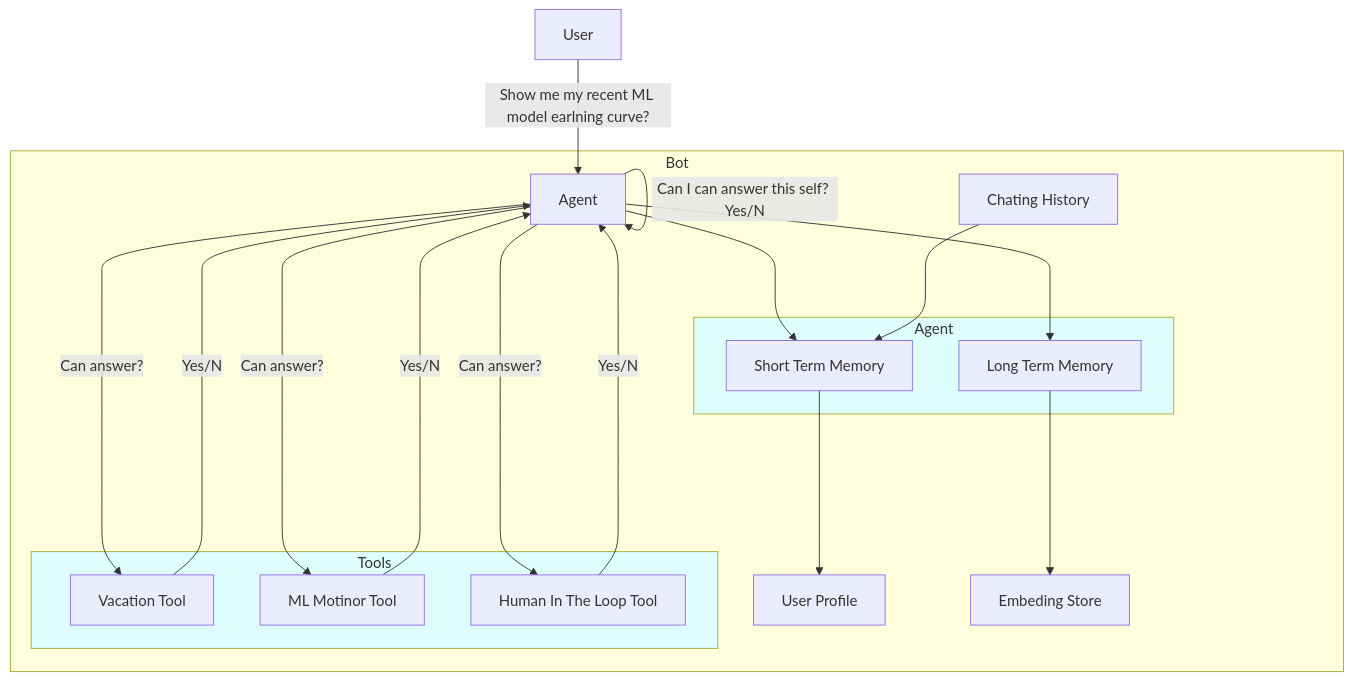
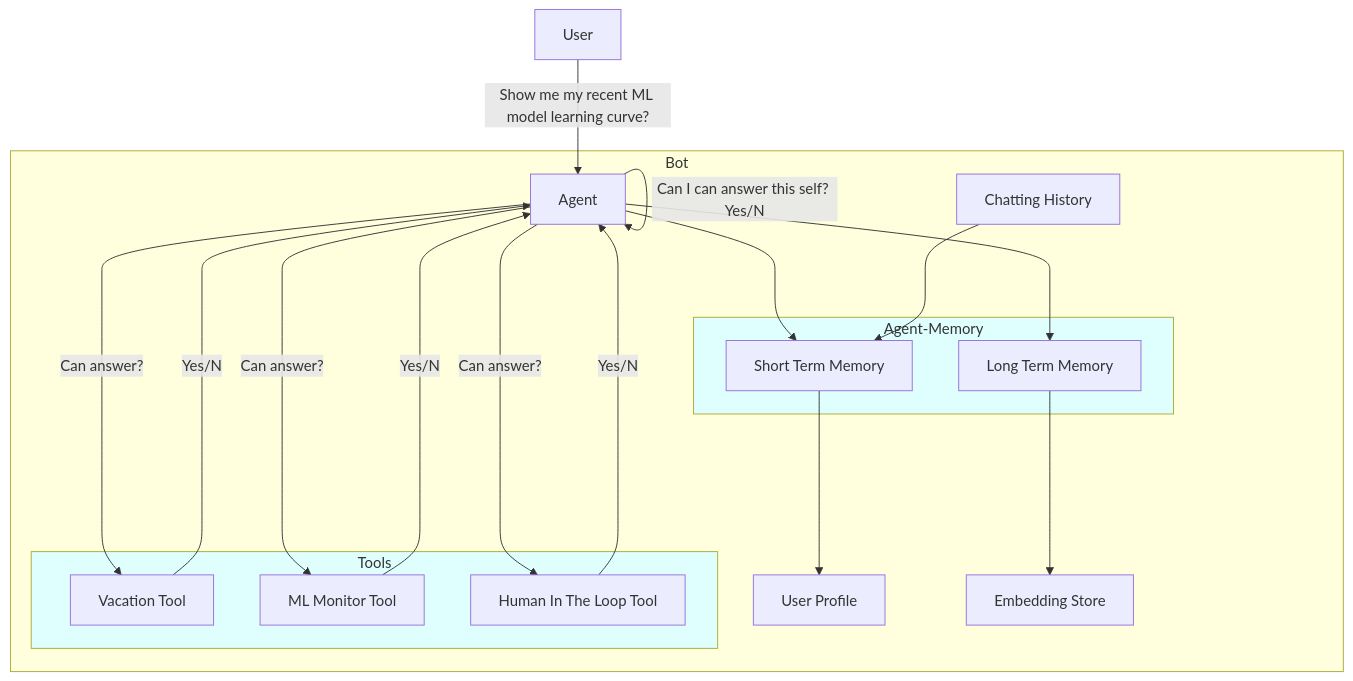
The first of 2 diagrams in README.md (haoyuan80s/langchan-play), drawn with Mermaid before and after one commit. The commit also changed other lines of this file, not shown here.

````diff
--- a/README.md
+++ b/README.md
@@ -7,33 +3,33 @@
 ```mermaid
 graph TD;
     U[User]
     subgraph Bot
         A[Agent]
-        H[Chating History]
+        H[Chatting History]
         P[User Profile]
-        V[Embeding Store]
-        subgraph Agent; style Agent fill:#DFFFFF
+        E[Embedding Store]
+        subgraph Agent-Memory; style Agent-Memory fill:#DFFFFF
             S[Short Term Memory]
             L[Long Term Memory]
         end
         subgraph Tools; style Tools fill:#DFFFFF
             T1[Vacation Tool]
-            T2[ML Motinor Tool]
+            T2[ML Monitor Tool]
             T3[Human In The Loop Tool]
         end
     end
 
-    U --Show me my recent ML model earlning curve?--> A
+    U --Show me my recent ML model learning curve?--> A
     A -- Can I can answer this self? Yes/No--> A
     A ---> S
     S ---> P
     H ---> S
     A ---> L
-    L ---> V
+    L ---> E
     A --Can answer?----> T1
     T1 --Yes/No----> A
     A --Can answer?----> T2
     T2 --Yes/No----> A
     A --Can answer?----> T3
     T3 --Yes/No----> A
 ```
````
